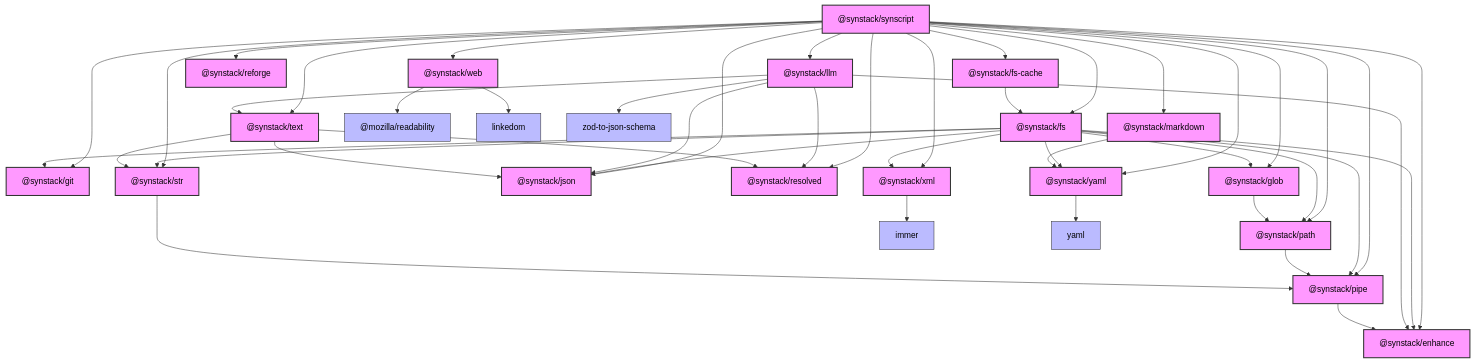
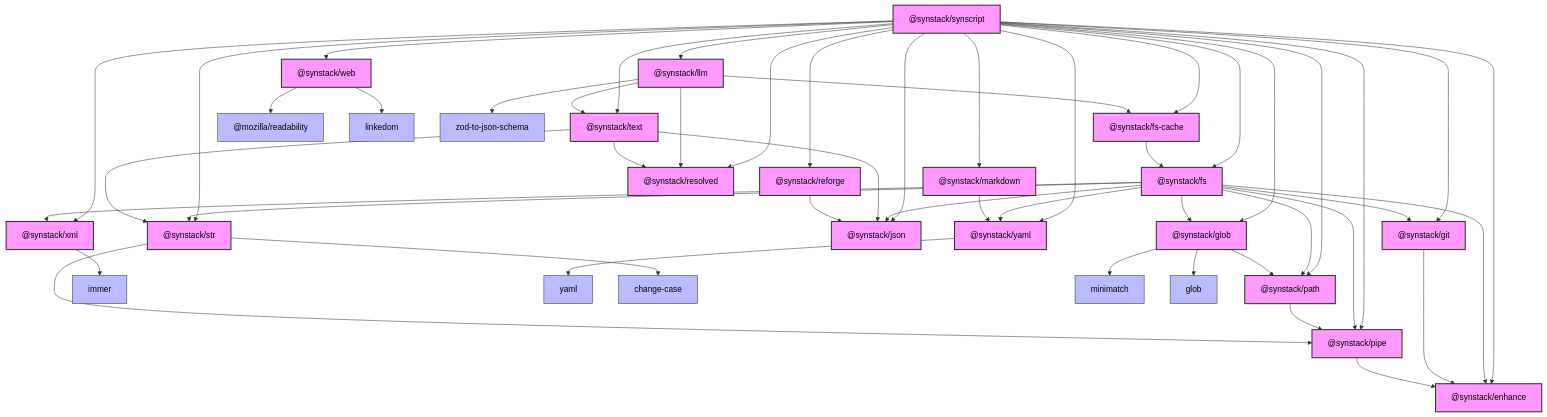
The diagram in README.md (pAIrprogio/synscript), drawn with Mermaid before and after one commit. The commit also changed other lines of this file and 58 other files, not shown here.

````diff
--- a/README.md
+++ b/README.md
@@ -35,72 +115,81 @@
 ```mermaid
 graph TD
   %% Packages
   synscript["@synstack/synscript"]
   enhance["@synstack/enhance"]
   fs["@synstack/fs"]
   fs_cache["@synstack/fs-cache"]
   git["@synstack/git"]
   glob["@synstack/glob"]
   json["@synstack/json"]
   llm["@synstack/llm"]
   markdown["@synstack/markdown"]
   path["@synstack/path"]
   pipe["@synstack/pipe"]
   reforge["@synstack/reforge"]
   resolved["@synstack/resolved"]
   str["@synstack/str"]
   text["@synstack/text"]
   web["@synstack/web"]
   xml["@synstack/xml"]
   yaml["@synstack/yaml"]
+
   %% Internal Dependencies
   synscript --> enhance
   synscript --> fs
   synscript --> fs_cache
   synscript --> git
   synscript --> glob
   synscript --> json
   synscript --> llm
   synscript --> markdown
   synscript --> path
   synscript --> pipe
   synscript --> reforge
   synscript --> resolved
   synscript --> str
   synscript --> text
   synscript --> web
   synscript --> xml
   synscript --> yaml
+
   fs --> enhance
   fs --> git
   fs --> glob
   fs --> json
   fs --> path
   fs --> pipe
   fs --> str
   fs --> xml
   fs --> yaml
+
   fs_cache --> fs
+  git --> enhance
   glob --> path
-  llm --> enhance
-  llm --> json
   llm --> resolved
   llm --> text
+  llm --> fs_cache
   markdown --> yaml
   path --> pipe
   pipe --> enhance
   str --> pipe
   text --> json
   text --> resolved
   text --> str
+  reforge --> json
+
   %% External Dependencies
   web --> readability["@mozilla/readability"]
   web --> linkedom
   xml --> immer
   yaml --> yaml_pkg["yaml"]
   llm --> zod_json["zod-to-json-schema"]
+  str --> change_case["change-case"]
+  glob --> minimatch["minimatch"]
+  glob --> glob_pkg["glob"]
+
   %% Styling
   classDef default fill:#f9f,stroke:#333,stroke-width:2px,color:#000;
   classDef external fill:#bbf,stroke:#333,stroke-width:1px,color:#000;
-  class readability,linkedom,immer,yaml_pkg,zod_json external
+  class readability,linkedom,immer,yaml_pkg,zod_json,change_case,minimatch,glob_pkg external
 ```
````
